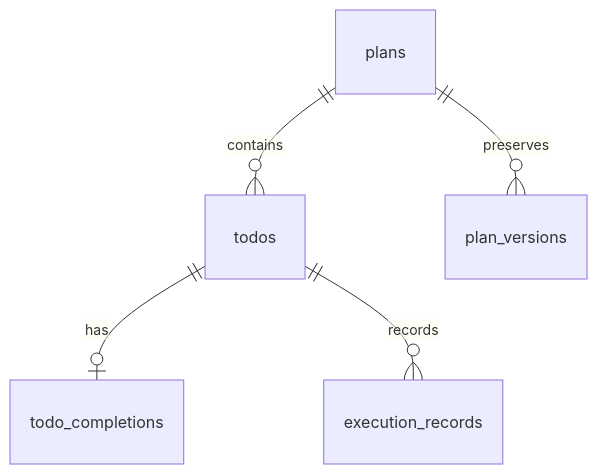
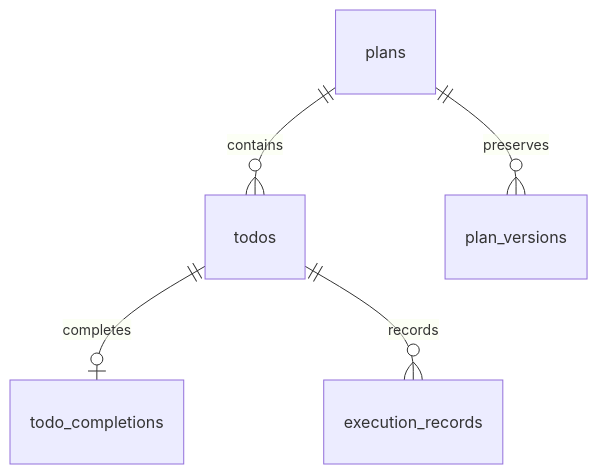
The second of 2 diagrams in README.md (Gilin03/pds-diary), drawn with Mermaid before and after one commit. The commit also changed other lines of this file, not shown here.

````diff
--- a/README.md
+++ b/README.md
@@ -76,7 +160,7 @@
 ```mermaid
 erDiagram
     plans ||--o{ todos : contains
     plans ||--o{ plan_versions : preserves
-    todos ||--o| todo_completions : has
+    todos ||--o| todo_completions : completes
     todos ||--o{ execution_records : records
 ```
````
